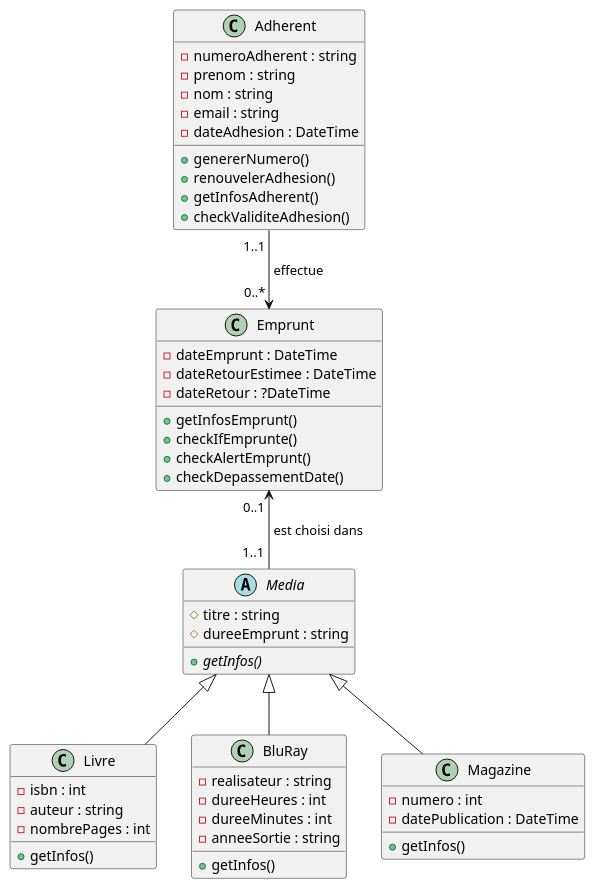
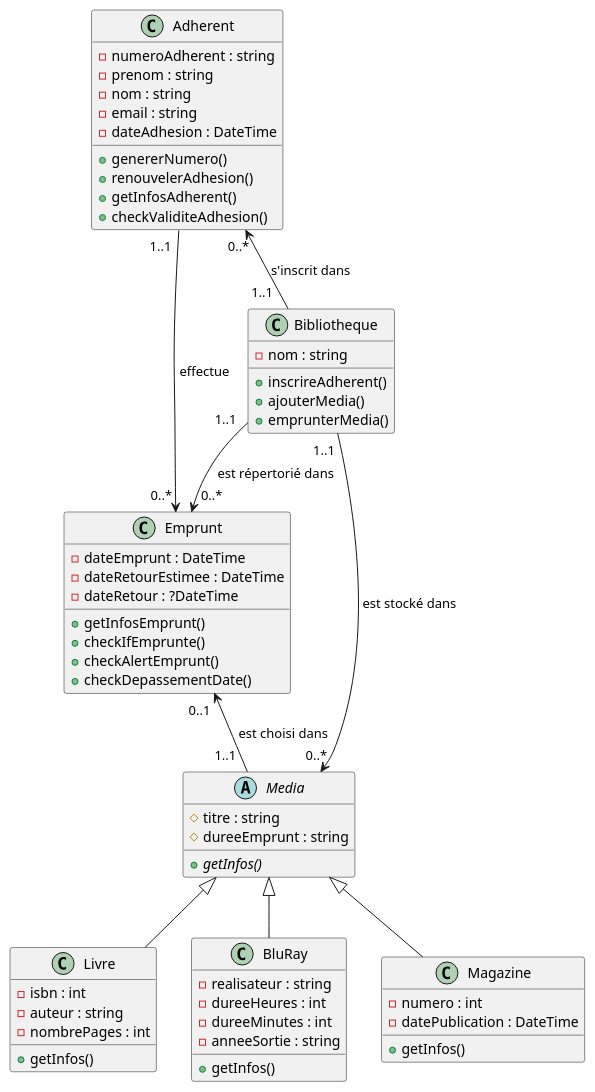
The diagram in documentation/Diagramme_de_classes.puml (nathanpierret/php-bibliotheque), drawn with PlantUML before and after one commit.

Commit message:
Modifs Diagramme Classes

```diff
--- a/documentation/Diagramme_de_classes.puml
+++ b/documentation/Diagramme_de_classes.puml
@@ -1,58 +1,68 @@
 @startuml
 'https://plantuml.com/class-diagram
 
 abstract class Media {
 #titre : string
 #dureeEmprunt : string
 {abstract} +getInfos()
 }
 
 class Livre {
 -isbn : int
 -auteur : string
 -nombrePages : int
 +getInfos()
 }
 
 class BluRay {
 -realisateur : string
 -dureeHeures : int
 -dureeMinutes : int
 -anneeSortie : string
 +getInfos()
 }
 
 class Magazine {
 -numero : int
 -datePublication : DateTime
 +getInfos()
 }
 
 class Adherent {
 -numeroAdherent : string
 -prenom : string
 -nom : string
 -email : string
 -dateAdhesion : DateTime
 +genererNumero()
 +renouvelerAdhesion()
 +getInfosAdherent()
 +checkValiditeAdhesion()
 }
 
 class Emprunt {
 -dateEmprunt : DateTime
 -dateRetourEstimee : DateTime
 -dateRetour : ?DateTime
 +getInfosEmprunt()
 +checkIfEmprunte()
 +checkAlertEmprunt()
 +checkDepassementDate()
 }
 
+class Bibliotheque {
+-nom : string
++inscrireAdherent()
++ajouterMedia()
++emprunterMedia()
+}
+
 Media <|-- Livre
 Media <|-- Magazine
 Media <|-- BluRay
-Adherent "1..1 " --> "0..* " Emprunt : " effectue"
-Emprunt "0..1 " <-- "1..1 " Media : " est choisi dans"
+Adherent "1..1  " --> "0..* " Emprunt : " effectue"
+Emprunt "0..1  " <-- "1..1  " Media : " est choisi dans"
+Bibliotheque "1..1 " --> "0..*" Media : " est stocké dans"
+Bibliotheque "1..1 " --> "  0..*" Emprunt : " est répertorié dans"
+Adherent "0..*" <-- "1..1   " Bibliotheque : "s'inscrit dans"
 @enduml
```
